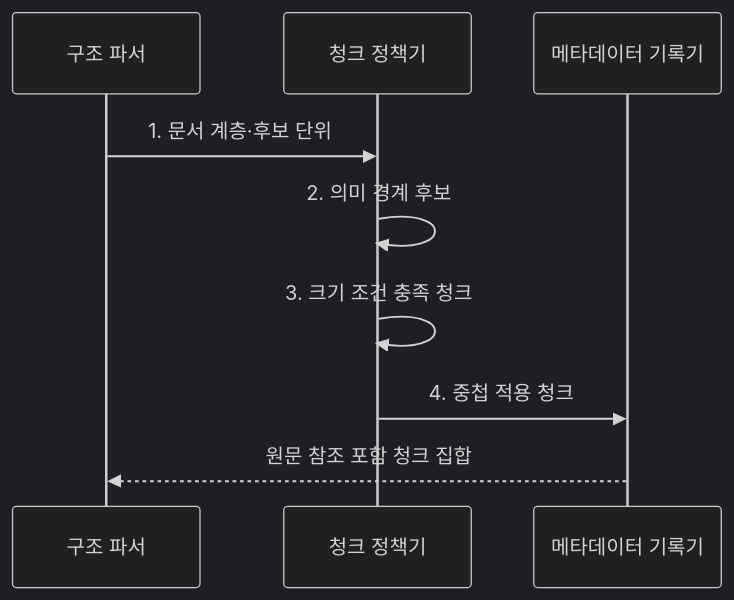
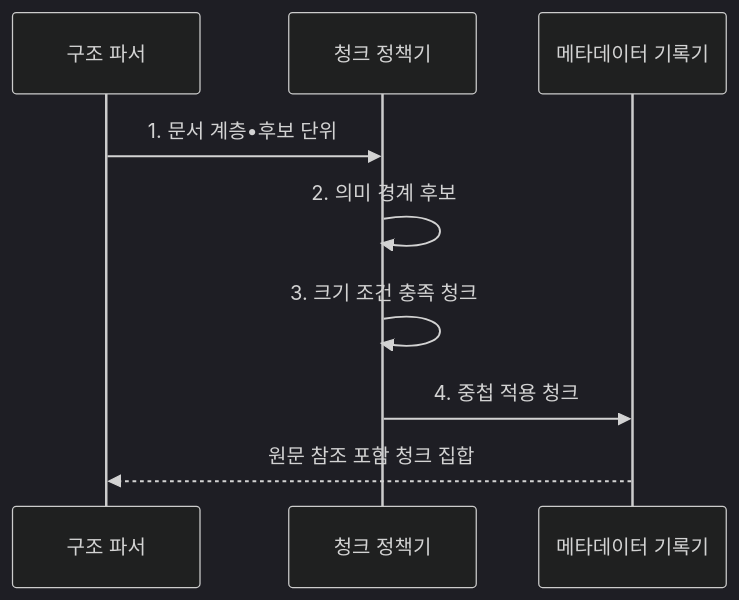
One commit to agnusdei1207/knowledge-base changed the second of 2 diagrams in src/content/docs/notes/08-latest-tech/077_chunking.md. Above: the diagram before and after it, drawn with Mermaid (dark theme). The commit also changed other lines of this file and 953 other files, not shown here.

````diff
--- a/src/content/docs/notes/08-latest-tech/077_chunking.md
+++ b/src/content/docs/notes/08-latest-tech/077_chunking.md
@@ -103,11 +103,11 @@
 ```mermaid
 sequenceDiagram
   participant P as 구조 파서
   participant C as 청크 정책기
   participant M as 메타데이터 기록기
-  P->>C: 1. 문서 계층·후보 단위
+  P->>C: 1. 문서 계층•후보 단위
   C->>C: 2. 의미 경계 후보
   C->>C: 3. 크기 조건 충족 청크
   C->>M: 4. 중첩 적용 청크
   M-->>P: 원문 참조 포함 청크 집합
 ```
````
